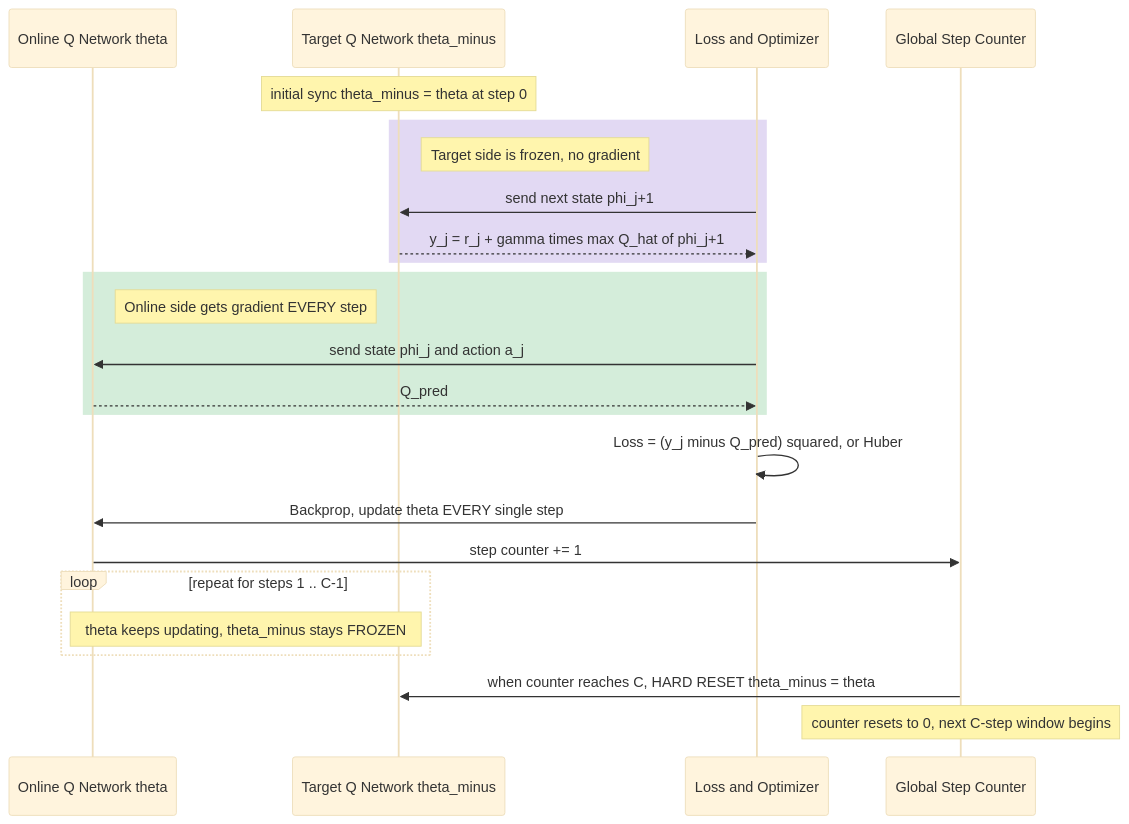
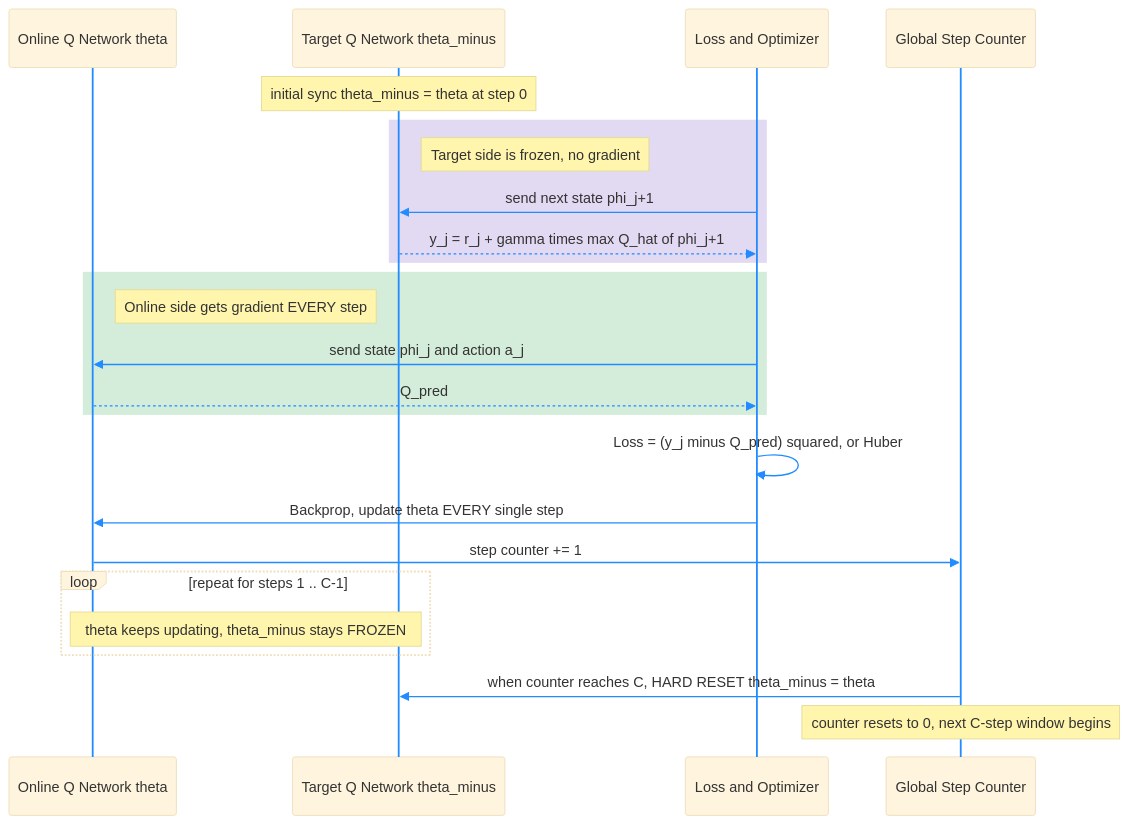
Before and after one commit to Open-Source-Robotics-For-Myanmar/rl: the third of 3 diagrams in Day81 RL python/02_Miguel Morales - Grokking Deep Reinforcement Learning/02_rl_with_dl/rom_photos/02_DQN.md, drawn with Mermaid. The commit also changed other lines of this file and 3 other files, not shown here.

````diff
--- a/Day81 RL python/02_Miguel Morales - Grokking Deep Reinforcement Learning/02_rl_with_dl/rom_photos/02_DQN.md
+++ b/Day81 RL python/02_Miguel Morales - Grokking Deep Reinforcement Learning/02_rl_with_dl/rom_photos/02_DQN.md
@@ -157,28 +157,28 @@
 ```mermaid
-%%{init: {'theme': 'base'}}%%
+%%{init: {'theme': 'base', 'themeVariables': { 'lineColor': '#218bff', 'signalColor': '#218bff', 'actorLineColor': '#218bff', 'loopLineColor': '#218bff'}}}%%
 sequenceDiagram
     participant Onl as Online Q Network theta
     participant Tgt as Target Q Network theta_minus
     participant L as Loss and Optimizer
     participant Cnt as Global Step Counter
 
     Note over Tgt: initial sync theta_minus = theta at step 0
     rect rgb(226, 217, 243)
     Note right of Tgt: Target side is frozen, no gradient
     L->>Tgt: send next state phi_j+1
     Tgt-->>L: y_j = r_j + gamma times max Q_hat of phi_j+1
     end
     rect rgb(212, 237, 218)
     Note right of Onl: Online side gets gradient EVERY step
     L->>Onl: send state phi_j and action a_j
     Onl-->>L: Q_pred
     end
     L->>L: Loss = (y_j minus Q_pred) squared, or Huber
     L->>Onl: Backprop, update theta EVERY single step
     Onl->>Cnt: step counter += 1
     loop repeat for steps 1 .. C-1
         Note over Onl,Tgt: theta keeps updating, theta_minus stays FROZEN
     end
     Cnt->>Tgt: when counter reaches C, HARD RESET theta_minus = theta
     Note over Cnt: counter resets to 0, next C-step window begins
 ```
````
